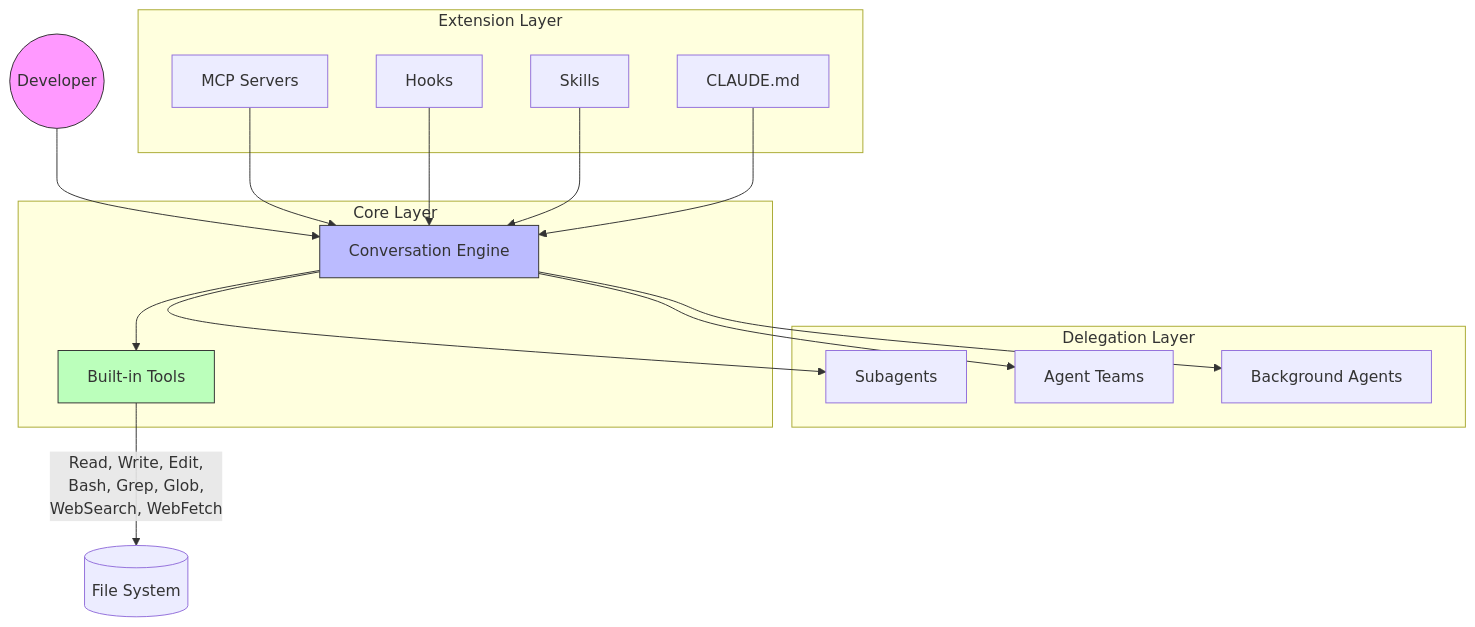
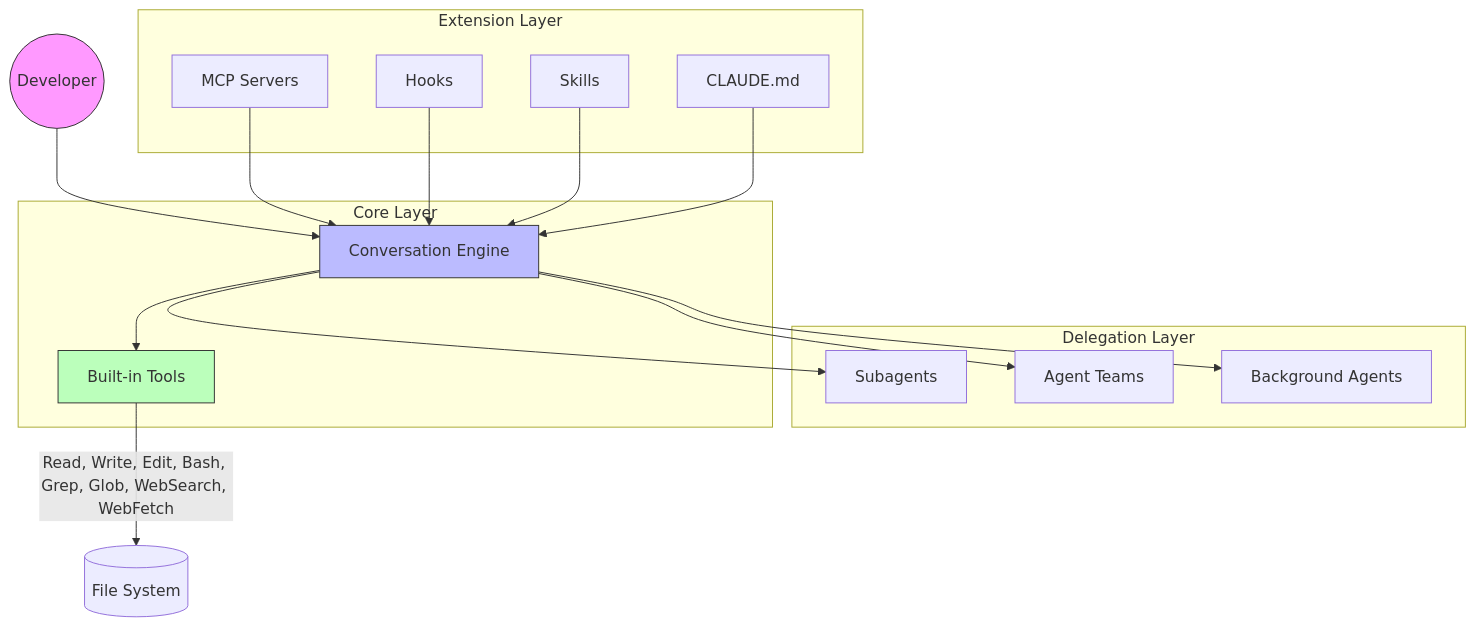
Before and after one commit to millsks/claude-code-primer: the first of 10 diagrams in docs/claude_code_complete_guide.md, drawn with Mermaid. The commit also changed other lines of this file, not shown here.

Commit message:
docs: improve clarity and consistency in diagrams and dialogue throughout the guide

````diff
--- a/docs/claude_code_complete_guide.md
+++ b/docs/claude_code_complete_guide.md
@@ -88,37 +88,37 @@
 ```mermaid
 graph TB
     subgraph "Extension Layer"
         MCP[MCP Servers]
         Hooks[Hooks]
         Skills[Skills]
         CLAUDE_MD[CLAUDE.md]
     end
 
     subgraph "Delegation Layer"
         Subagents[Subagents]
         Teams[Agent Teams]
         BG[Background Agents]
     end
 
     subgraph "Core Layer"
         Engine[Conversation Engine]
         Tools[Built-in Tools]
     end
 
     User((Developer)) --> Engine
     Engine --> Tools
-    Tools --> |Read, Write, Edit,<br/>Bash, Grep, Glob,<br/>WebSearch, WebFetch| FS[(File System)]
+    Tools -->|Read, Write, Edit, Bash, Grep, Glob, WebSearch, WebFetch| FS[(File System)]
 
     Engine --> Subagents
     Engine --> Teams
     Engine --> BG
 
     MCP --> Engine
     Hooks --> Engine
     Skills --> Engine
     CLAUDE_MD --> Engine
 
     style User fill:#f9f,stroke:#333
     style Engine fill:#bbf,stroke:#333
     style Tools fill:#bfb,stroke:#333
 ```
````
